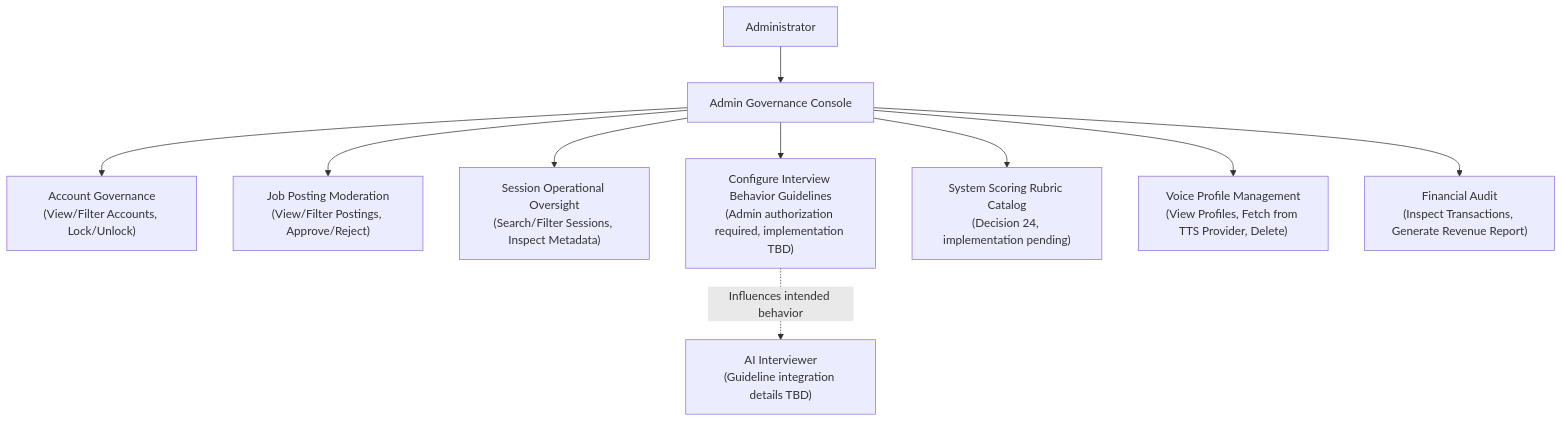
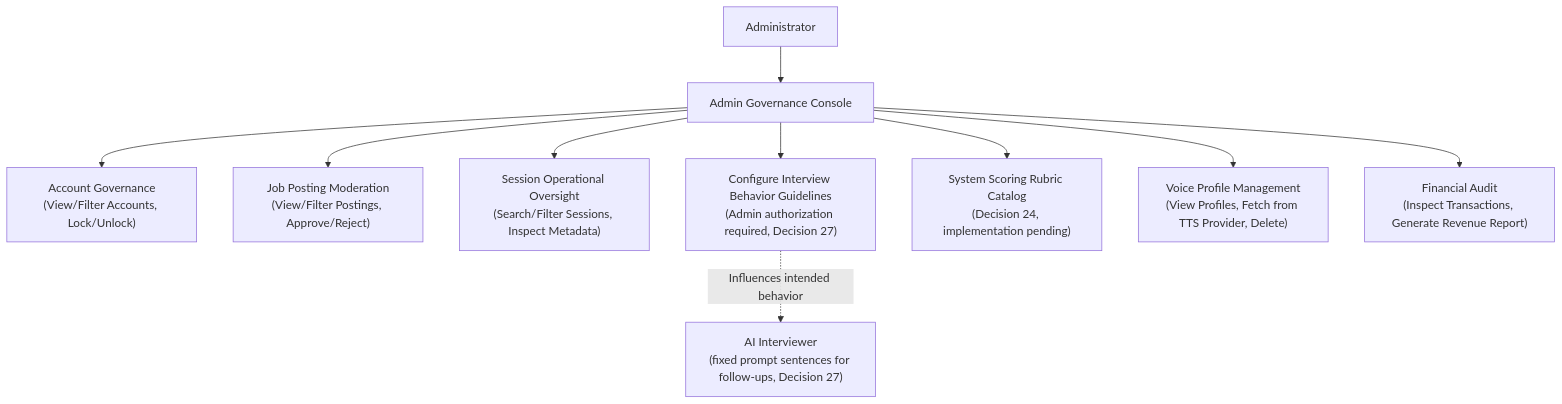
Before and after one commit to cog-forge/role-cue-brain: the diagram in 01_Domains/Administration/README.md, drawn with Mermaid. The commit also changed other lines of this file and 12 other files, not shown here.

First line of the commit message:
docs(brain): record the Barem foundation and authoring rules and Interview Behavior Guidelines

````diff
--- a/01_Domains/Administration/README.md
+++ b/01_Domains/Administration/README.md
@@ -66,13 +66,13 @@
 ```mermaid
 flowchart TD
     ADMIN["Administrator"] --> CONSOLE["Admin Governance Console"]
 
     CONSOLE --> ACC["Account Governance<br/>(View/Filter Accounts, Lock/Unlock)"]
     CONSOLE --> JP["Job Posting Moderation<br/>(View/Filter Postings, Approve/Reject)"]
     CONSOLE --> SESS["Session Operational Oversight<br/>(Search/Filter Sessions, Inspect Metadata)"]
-    CONSOLE --> GUIDE["Configure Interview Behavior Guidelines<br/>(Admin authorization required, implementation TBD)"]
-    GUIDE -.->|"Influences intended behavior"| INTERVIEW["AI Interviewer<br/>(Guideline integration details TBD)"]
+    CONSOLE --> GUIDE["Configure Interview Behavior Guidelines<br/>(Admin authorization required, Decision 27)"]
+    GUIDE -.->|"Influences intended behavior"| INTERVIEW["AI Interviewer<br/>(fixed prompt sentences for follow-ups, Decision 27)"]
     CONSOLE --> RUBRIC["System Scoring Rubric Catalog<br/>(Decision 24, implementation pending)"]
     CONSOLE --> VOICE["Voice Profile Management<br/>(View Profiles, Fetch from TTS Provider, Delete)"]
     CONSOLE --> FIN["Financial Audit<br/>(Inspect Transactions, Generate Revenue Report)"]
 ```
````
